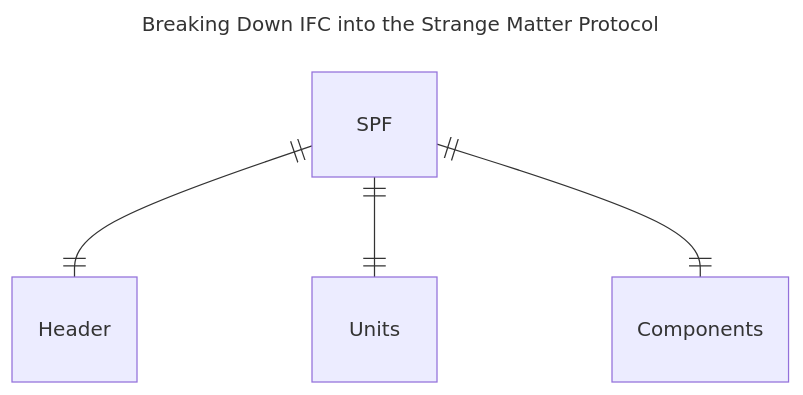
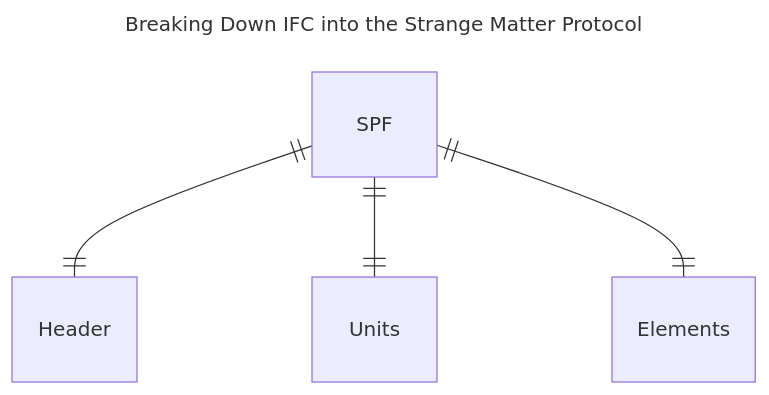
Before and after one commit to magnetar-io/strangematter_ifc_4x: the diagram in README.md, drawn with Mermaid.

````diff
--- a/README.md
+++ b/README.md
@@ -2,9 +2,9 @@
 ```mermaid
 ---
 title: Breaking Down IFC into the Strange Matter Protocol
 ---
 erDiagram
     SPF  ||--|| Header : ""
     SPF  ||--|| Units : ""
-    SPF  ||--|| Components : ""
+    SPF  ||--|| Elements : ""
 ```
````
